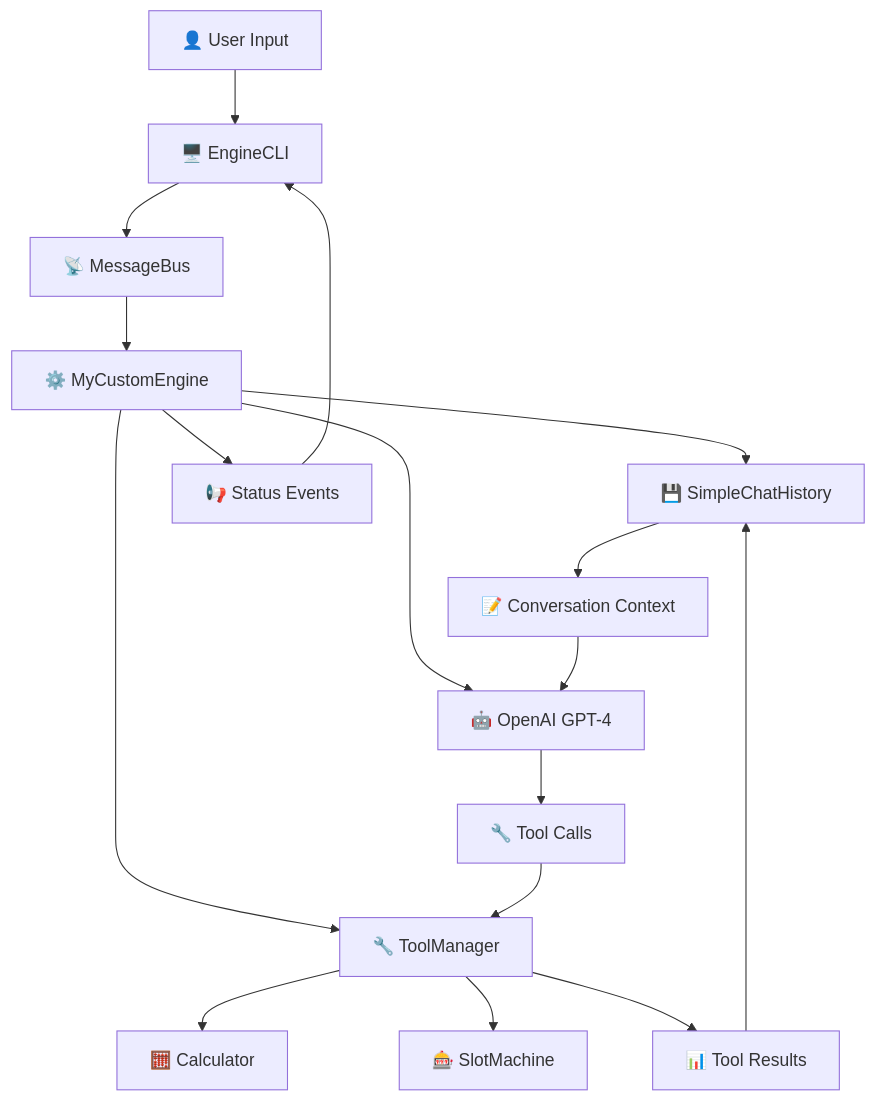
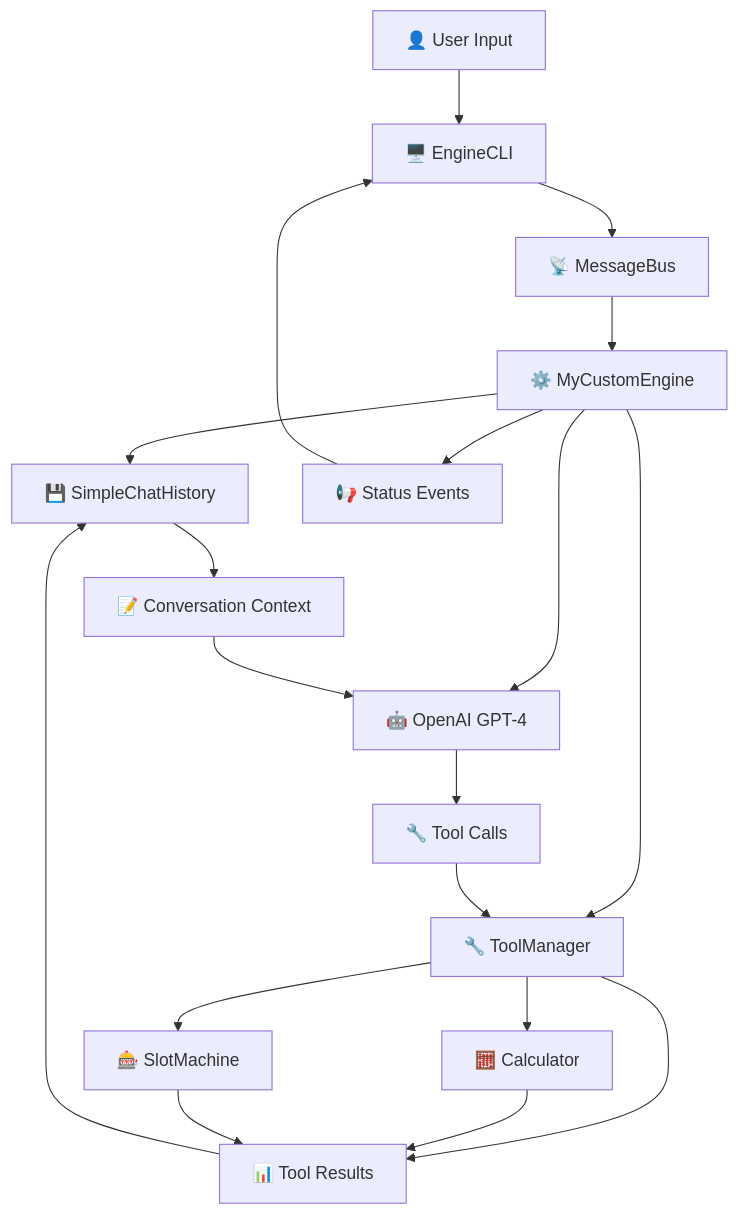
One commit to wishang06/AI_DSCUBED_Week2_Project1 changed the first of 2 diagrams in README.md. Above: the diagram before and after it, drawn with Mermaid. The commit also changed other lines of this file and 1 other file, not shown here.

````diff
--- a/README.md
+++ b/README.md
@@ -22,24 +22,26 @@
 ```mermaid
 flowchart TD
     User[👤 User Input] --> CLI[🖥️ EngineCLI]
     CLI --> Bus[📡 MessageBus]
     Bus --> Engine[⚙️ MyCustomEngine]
     
     Engine --> Memory[💾 SimpleChatHistory]
     Engine --> Tools[🔧 ToolManager]
     Engine --> LLM[🤖 OpenAI GPT-4]
     
     Tools --> Calc[🧮 Calculator]
     Tools --> Slot[🎰 SlotMachine]
     
     Memory --> Context[📝 Conversation Context]
     Context --> LLM
     
     LLM --> ToolCalls[🔧 Tool Calls]
     ToolCalls --> Tools
     Tools --> Results[📊 Tool Results]
+    Calc --> Results
+    Slot --> Results
     Results --> Memory
     
     Engine --> Events[📢 Status Events]
     Events --> CLI
 ```
````
